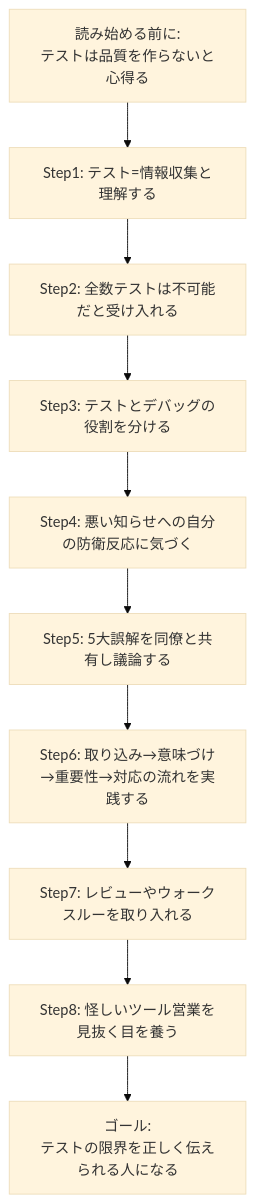
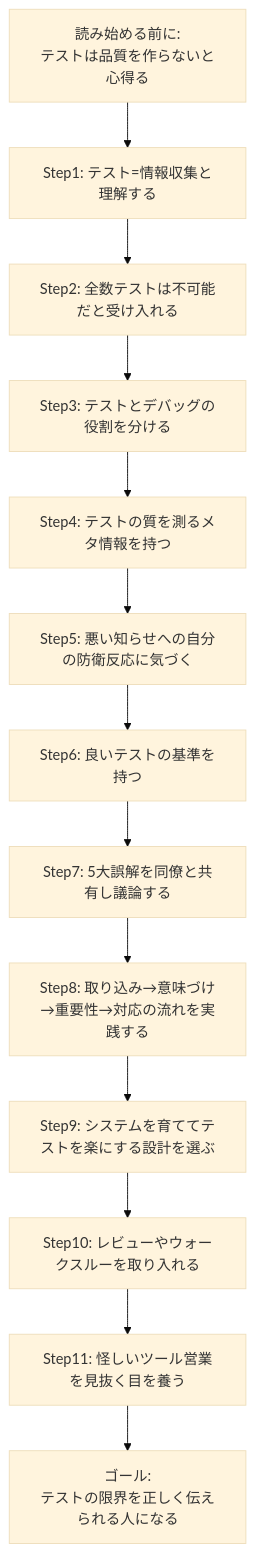
The eighth of 8 diagrams in Perfect-software-guide.md (myoshi2891/Quality-Assurance-Studies), drawn with Mermaid (base theme) before and after one commit.

Commit message:
docs(perfect-software): ロードマップのMermaid図を11ステップ構成に同期修正

````diff
--- a/Perfect-software-guide.md
+++ b/Perfect-software-guide.md
@@ -351,12 +351,15 @@
 ```mermaid
 flowchart TB
     S0["読み始める前に:<br/>テストは品質を作らないと心得る"] --> S1["Step1: テスト=情報収集と理解する"]
     S1 --> S2["Step2: 全数テストは不可能だと受け入れる"]
     S2 --> S3["Step3: テストとデバッグの役割を分ける"]
-    S3 --> S4["Step4: 悪い知らせへの自分の防衛反応に気づく"]
-    S4 --> S5["Step5: 5大誤解を同僚と共有し議論する"]
-    S5 --> S6["Step6: 取り込み→意味づけ→重要性→対応の流れを実践する"]
-    S6 --> S7["Step7: レビューやウォークスルーを取り入れる"]
-    S7 --> S8["Step8: 怪しいツール営業を見抜く目を養う"]
-    S8 --> Goal["ゴール:<br/>テストの限界を正しく伝えられる人になる"]
+    S3 --> S4["Step4: テストの質を測るメタ情報を持つ"]
+    S4 --> S5["Step5: 悪い知らせへの自分の防衛反応に気づく"]
+    S5 --> S6["Step6: 良いテストの基準を持つ"]
+    S6 --> S7["Step7: 5大誤解を同僚と共有し議論する"]
+    S7 --> S8["Step8: 取り込み→意味づけ→重要性→対応の流れを実践する"]
+    S8 --> S9["Step9: システムを育ててテストを楽にする設計を選ぶ"]
+    S9 --> S10["Step10: レビューやウォークスルーを取り入れる"]
+    S10 --> S11["Step11: 怪しいツール営業を見抜く目を養う"]
+    S11 --> Goal["ゴール:<br/>テストの限界を正しく伝えられる人になる"]
 ```
````
